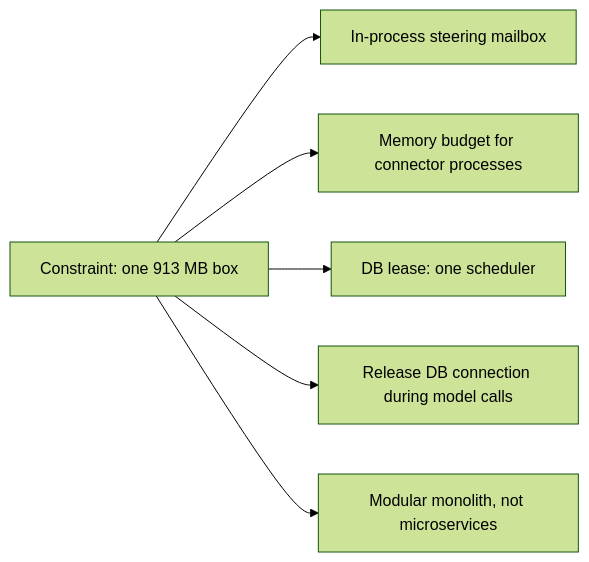
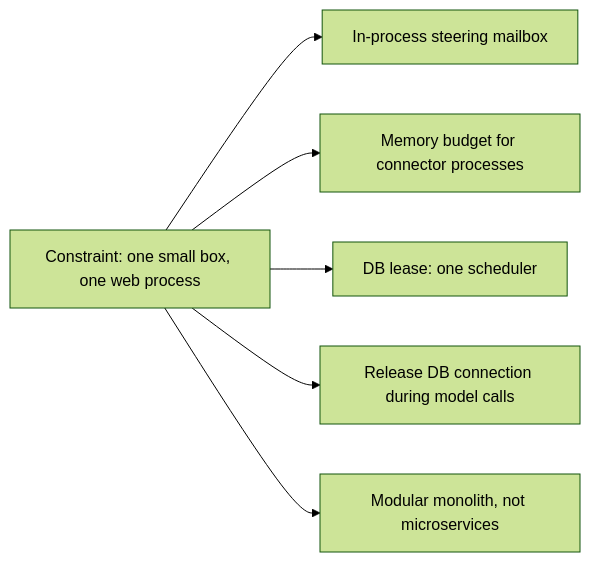
One commit to KaushalJainAI/AIAAS changed the fourth of 7 diagrams in LLD_Guide/01_HLD_and_Object_Model.md. Above: the diagram before and after it, drawn with Mermaid (forest theme). The commit also changed other lines of this file and 323 other files, not shown here.

````diff
--- a/LLD_Guide/01_HLD_and_Object_Model.md
+++ b/LLD_Guide/01_HLD_and_Object_Model.md
@@ -161,8 +143,8 @@
 ```mermaid
 flowchart LR
-    C["Constraint: one 913 MB box"] --> A1[In-process steering mailbox]
+    C["Constraint: one small box, one web process"] --> A1[In-process steering mailbox]
     C --> A2[Memory budget for connector processes]
     C --> A3[DB lease: one scheduler]
     C --> A4[Release DB connection during model calls]
     C --> A5[Modular monolith, not microservices]
 ```
````
